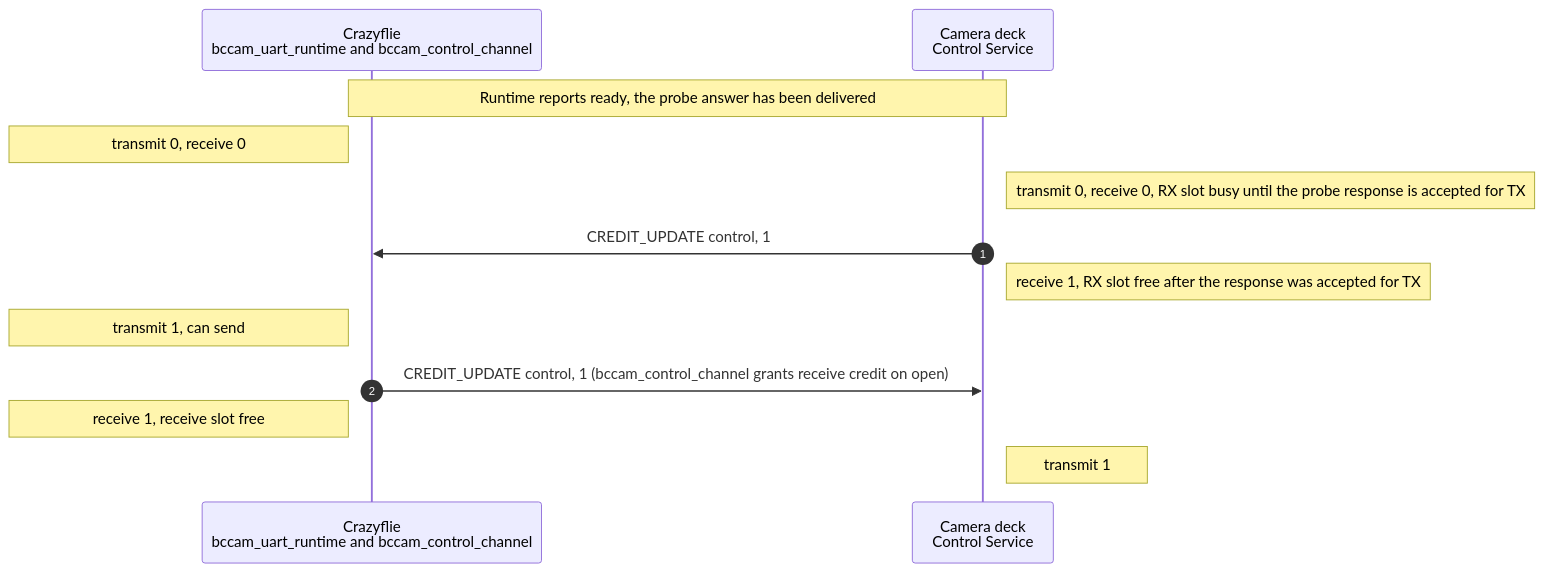
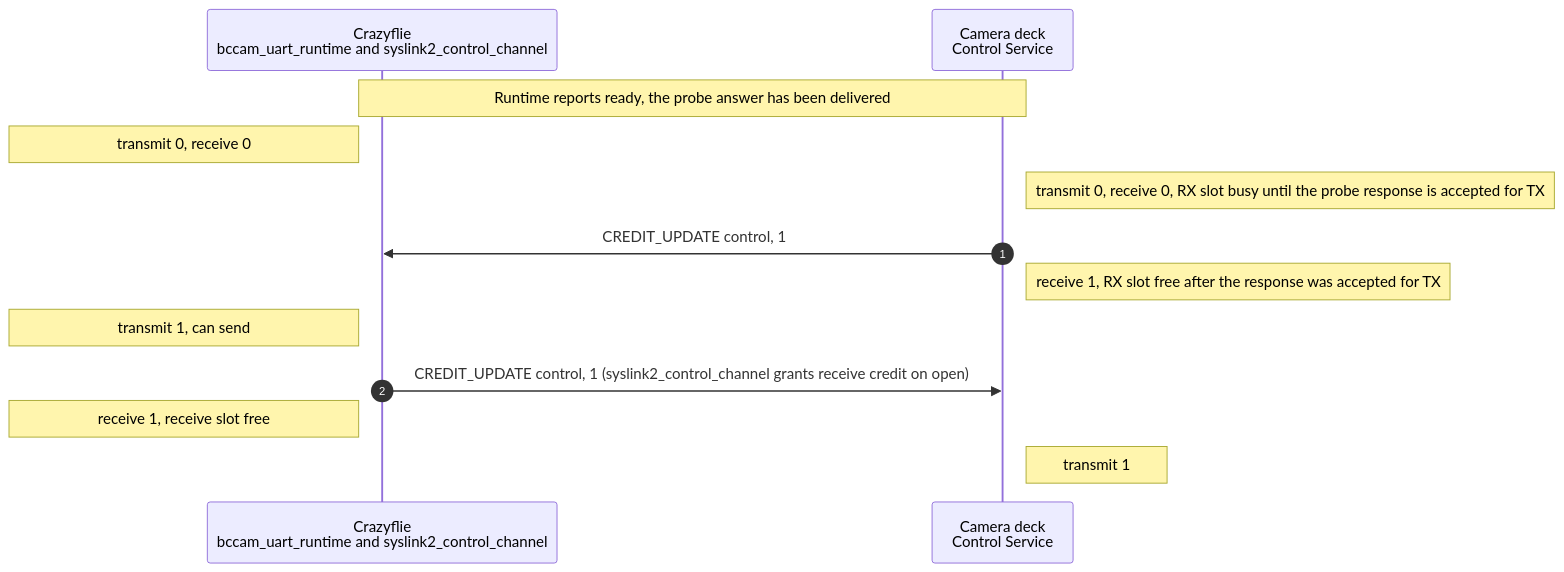
One commit to bitcraze/crazyflie-firmware changed the tenth of 10 diagrams in docs/functional-areas/camera-deck-control.md. Above: the diagram before and after it, drawn with Mermaid. The commit also changed other lines of this file, not shown here.

Commit message:
docs: Renamed bccam_ to syslink2_

````diff
--- a/docs/functional-areas/camera-deck-control.md
+++ b/docs/functional-areas/camera-deck-control.md
@@ -1171,18 +1171,18 @@
 ```mermaid
 sequenceDiagram
     autonumber
-    participant C as Crazyflie<br/>bccam_uart_runtime and bccam_control_channel
+    participant C as Crazyflie<br/>bccam_uart_runtime and syslink2_control_channel
     participant D as Camera deck<br/>Control Service
 
     Note over C,D: Runtime reports ready, the probe answer has been delivered
     Note left of C: transmit 0, receive 0
     Note right of D: transmit 0, receive 0, RX slot busy until the probe response is accepted for TX
 
     D->>C: CREDIT_UPDATE control, 1
     Note right of D: receive 1, RX slot free after the response was accepted for TX
     Note left of C: transmit 1, can send
 
-    C->>D: CREDIT_UPDATE control, 1 (bccam_control_channel grants receive credit on open)
+    C->>D: CREDIT_UPDATE control, 1 (syslink2_control_channel grants receive credit on open)
     Note left of C: receive 1, receive slot free
     Note right of D: transmit 1
 ```
````
